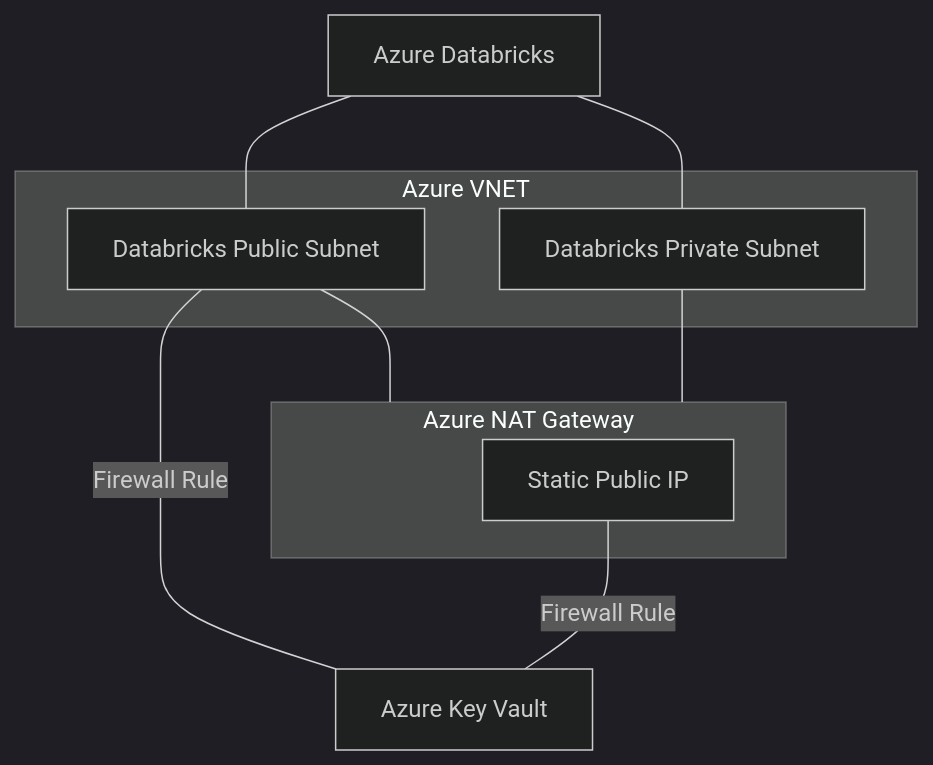
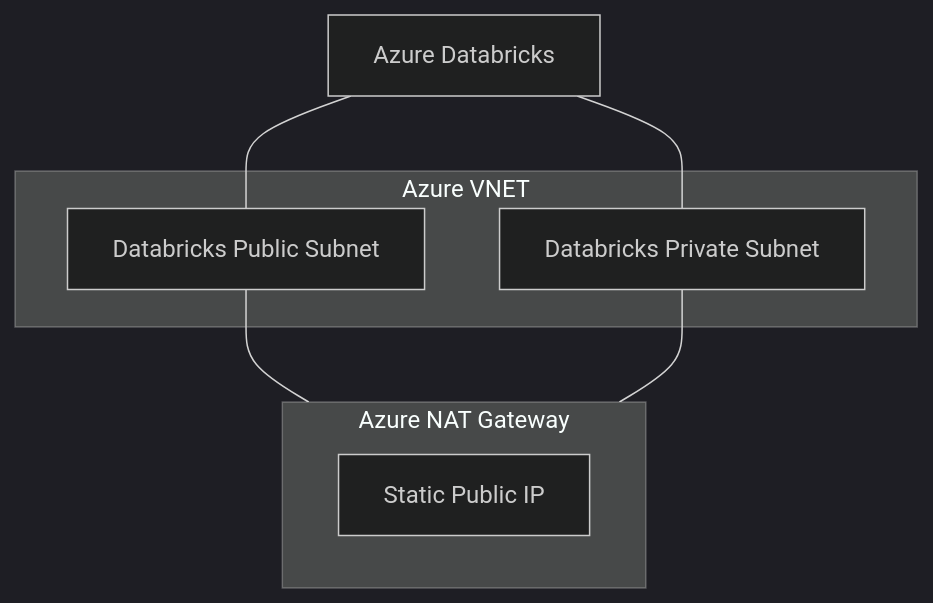
The diagram in AzureDeployment/databricks-with-vnet-and-nat-gateway/README.md (Qivada/ADA), drawn with Mermaid (dark theme) before and after one commit. The commit also changed other lines of this file, not shown here.

```diff
--- a/AzureDeployment/databricks-with-vnet-and-nat-gateway/README.md
+++ b/AzureDeployment/databricks-with-vnet-and-nat-gateway/README.md
@@ -6,23 +6,19 @@
 ~~~mermaid
 graph TB
     subgraph VNET[Azure VNET]
         SNET_PUBLIC[Databricks Public Subnet]
         SNET_PRIVATE[Databricks Private Subnet]
     end
     
     subgraph NAT[Azure NAT Gateway]
         NAT_PUBLIC_IP[Static Public IP]
     end
     
     SNET_PUBLIC --- NAT
     SNET_PRIVATE --- NAT
     
     DATABRICKS[Azure Databricks]
-    KEYVAULT[Azure Key Vault]
     
     DATABRICKS --- SNET_PUBLIC
-    DATABRICKS --- SNET_PRIVATE
-    
-    SNET_PUBLIC -- Firewall Rule --- KEYVAULT
-    NAT_PUBLIC_IP -- Firewall Rule --- KEYVAULT    
+    DATABRICKS --- SNET_PRIVATE   
 ~~~
```
